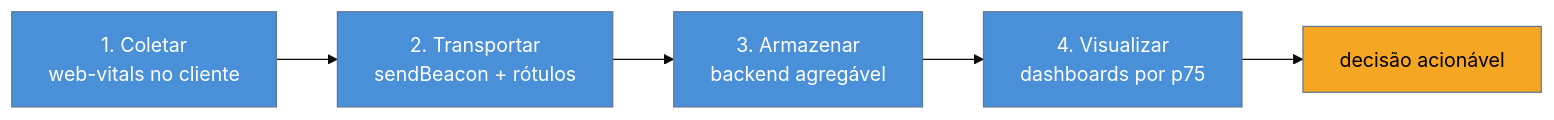
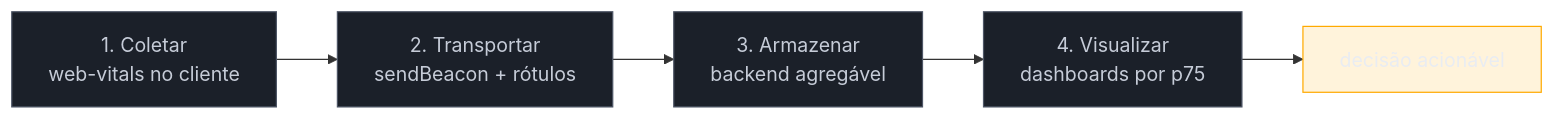
One commit to josenaldo/codex-technomanticus changed the diagram in 03-Dominios/Tecnologia/Web Performance/Performance em Produção/03 - RUM em produção.md. Above: the diagram before and after it, drawn with Mermaid. The commit also changed 1181 other files, not shown here.

First line of the commit message:
fix(diagramas): paleta do sistema no lugar de cor cravada no markdown

````diff
--- a/03-Dominios/Tecnologia/Web Performance/Performance em Produção/03 - RUM em produção.md
+++ b/03-Dominios/Tecnologia/Web Performance/Performance em Produção/03 - RUM em produção.md
@@ -29,13 +29,14 @@
 ```mermaid
-%%{init: {"theme": "base", "themeVariables": {"primaryColor": "#4A90D9"}}}%%
 graph LR
+    classDef neutro fill:#1B2029,stroke:#4E5666,color:#C6CCD8
+    classDef destaque fill:#FFAA0024,stroke:#FFAA00,color:#E9ECF2
     A["1. Coletar<br/>web-vitals no cliente"] --> B["2. Transportar<br/>sendBeacon + rótulos"]
     B --> C["3. Armazenar<br/>backend agregável"]
     C --> D["4. Visualizar<br/>dashboards por p75"]
     D --> E[decisão acionável]
-    style A fill:#4A90D9,color:#fff
-    style B fill:#4A90D9,color:#fff
-    style C fill:#4A90D9,color:#fff
-    style D fill:#4A90D9,color:#fff
-    style E fill:#F5A623,color:#000
+    class A neutro
+    class B neutro
+    class C neutro
+    class D neutro
+    class E destaque
 ```
````
